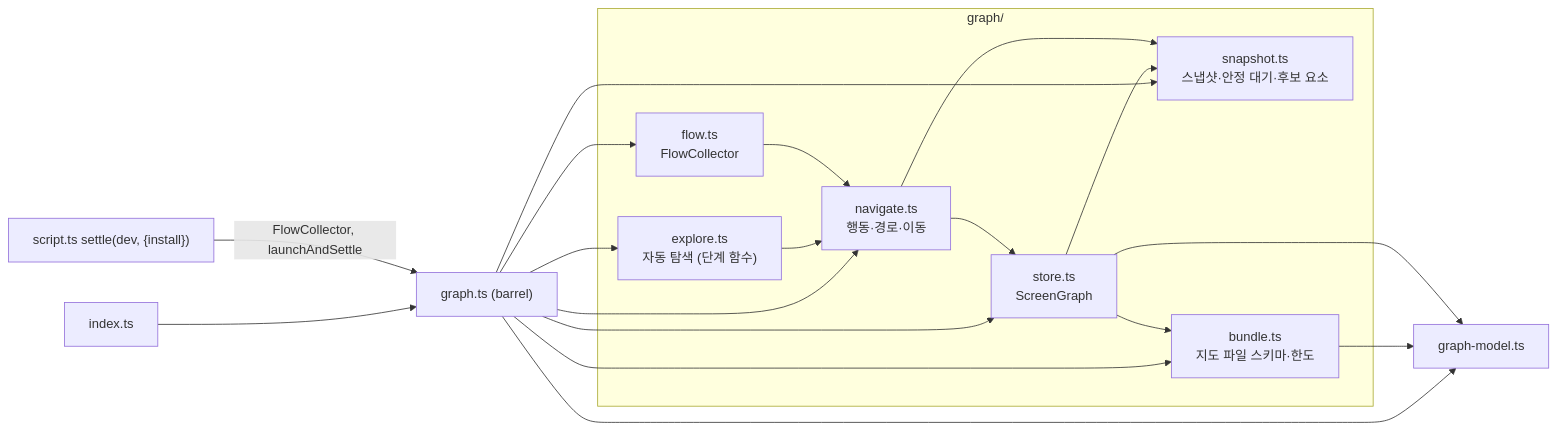
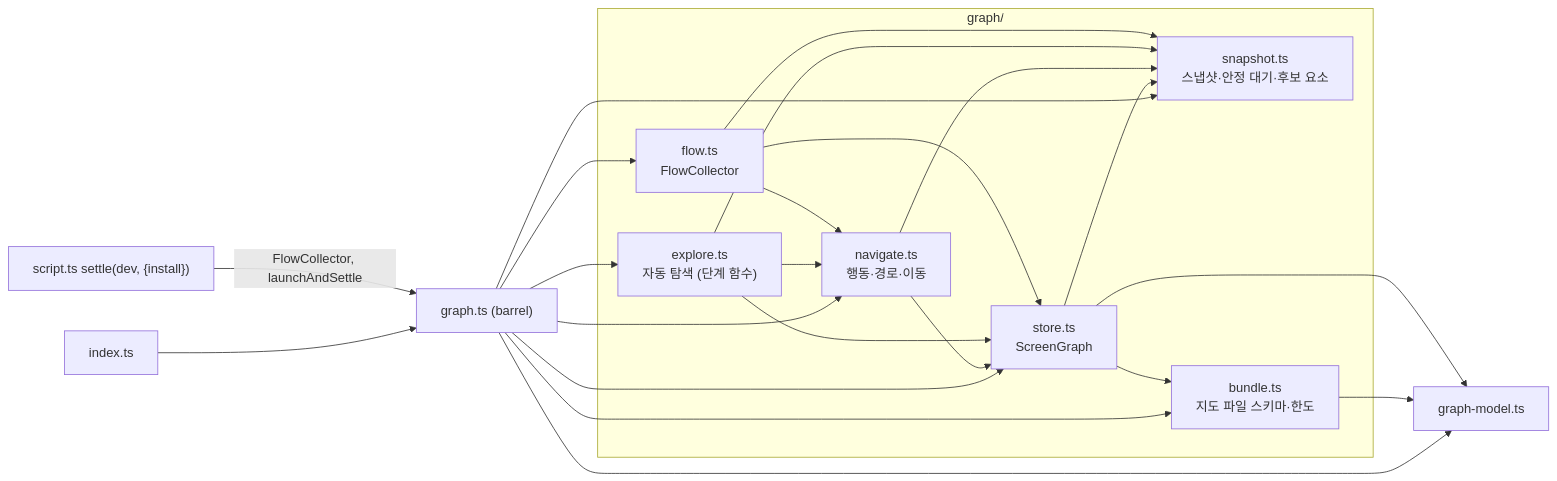
The second of 2 diagrams in docs/리팩토링/2026-11-17_graph-분리.md (ESeungJun/droidlens), drawn with Mermaid before and after one commit. The commit also changed other lines of this file and 7 other files, not shown here.

````diff
--- a/docs/리팩토링/2026-11-17_graph-분리.md
+++ b/docs/리팩토링/2026-11-17_graph-분리.md
@@ -68,24 +68,28 @@
 ```mermaid
 flowchart LR
   subgraph GD["graph/"]
     S["snapshot.ts<br/>스냅샷·안정 대기·후보 요소"]
     B["bundle.ts<br/>지도 파일 스키마·한도"]
     ST["store.ts<br/>ScreenGraph"]
     N["navigate.ts<br/>행동·경로·이동"]
     E["explore.ts<br/>자동 탐색 (단계 함수)"]
     F["flow.ts<br/>FlowCollector"]
   end
   M["graph-model.ts"]
   BAR["graph.ts (barrel)"] --> S & ST & B & N & E & F
   BAR --> M
   IDX["index.ts"] --> BAR
   SCRIPT["script.ts settle(dev, {install})"] -->|"FlowCollector, launchAndSettle"| BAR
   ST --> S
   ST --> B
   N --> S
   N --> ST
   E --> N
+  E --> S
+  E --> ST
   F --> N
+  F --> S
+  F --> ST
   B --> M
   ST --> M
 ```
````
